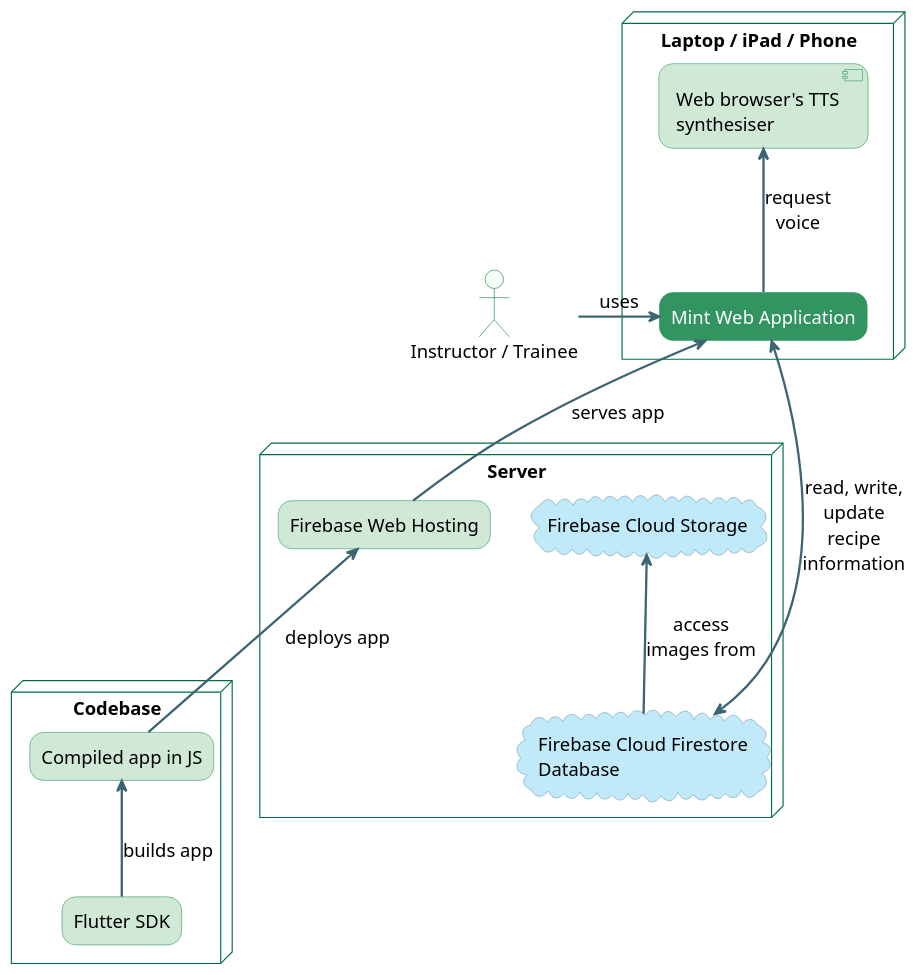
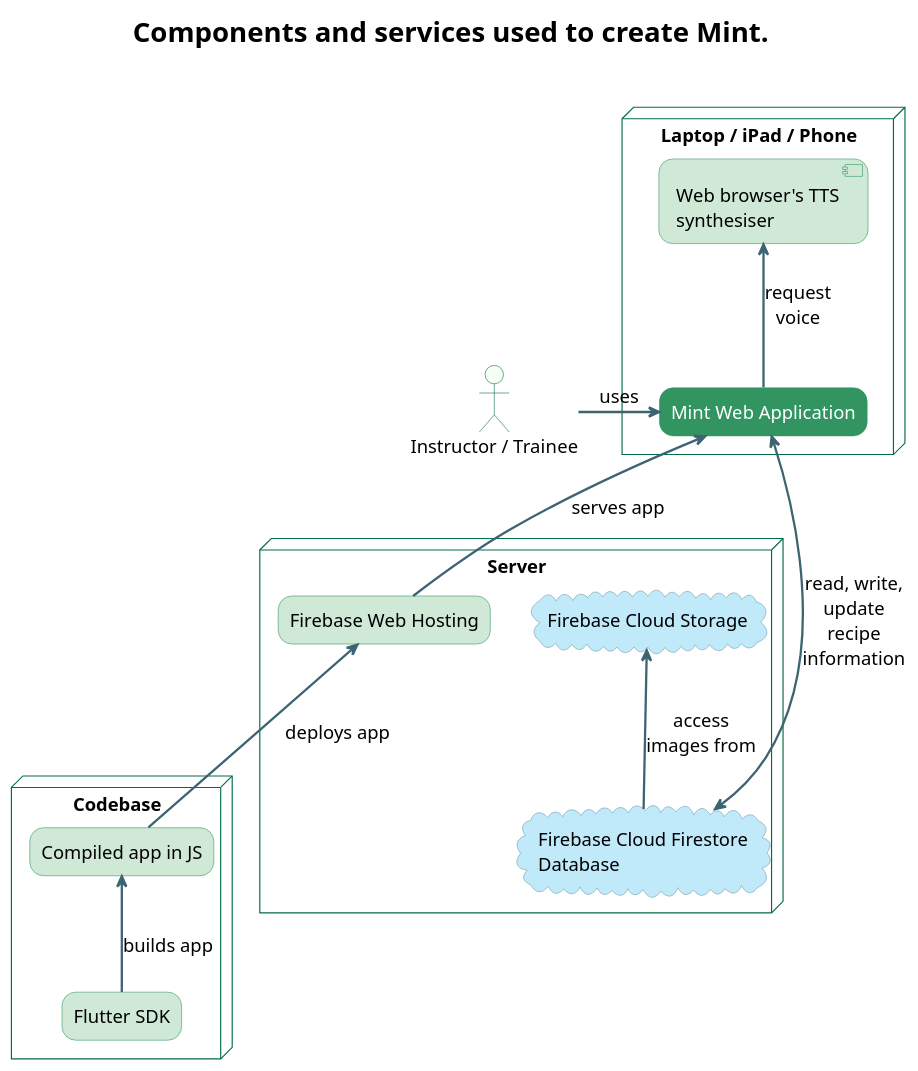
Before and after one commit to cervonwong/mint: the diagram in docs/diagrams/architecture.puml, drawn with PlantUML. The commit also changed 3 other files, not shown here.

Commit message:
Add and update diagrams to explain architecture

```diff
--- a/docs/diagrams/architecture.puml
+++ b/docs/diagrams/architecture.puml
@@ -1,51 +1,54 @@
 @startuml
 'https://plantuml.com/deployment-diagram
 
 skinparam shadowing false
 skinparam wrapWidth 200
 skinparam maxMessageSize 100
 skinparam defaultFontName Red Hat Text Medium
 skinparam defaultFontSize 16
 skinparam roundCorner 24
 skinparam maxSize 20
 skinparam cloudBackgroundColor #C0E9F9
 skinparam cloudBorderColor #6F97A6
 skinparam rectangleBackgroundColor #d0e9d7
 skinparam rectangleBorderColor #329561
 skinparam rectangleFontColor #000000
 skinparam actorBackgroundColor #F6FFF6
 skinparam actorBorderColor #006D44
 skinparam queueBackgroundColor #F6FFF6
 skinparam queueBorderColor #006D44
 skinparam nodeBackgroundColor transparent
 skinparam nodeBorderColor #006D44
 skinparam componentBackgroundColor #d0e9d7
 skinparam componentBorderColor #329561
 skinparam arrowColor #3C6472
 skinparam arrowThickness 2
+skinparam titleFontSize 24
+
+title Components and services used to create Mint.\n
 
 actor user as "Instructor / Trainee"
 
 node server as "Server" {
     cloud storage as "Firebase Cloud Storage"
     cloud firestore as "Firebase Cloud Firestore Database"
     rectangle hosting as "Firebase Web Hosting"
 }
 node device as "Laptop / iPad / Phone" {
     rectangle app as "Mint Web Application" #329561;text:FFFFFF
     component tts as "Web browser's TTS synthesiser"
 }
 node codebase as "Codebase" {
     rectangle flutter as "Flutter SDK"
     rectangle build as "Compiled app in JS"
 }
 
 firestore <--> app : read, write, update recipe information
 app <-left- user : uses
 hosting <-- build : deploys app
 app <-- hosting : serves app
 storage <-- firestore : access images from
 tts <-- app : request voice
 build <-- flutter : builds app
 
 @enduml
```
